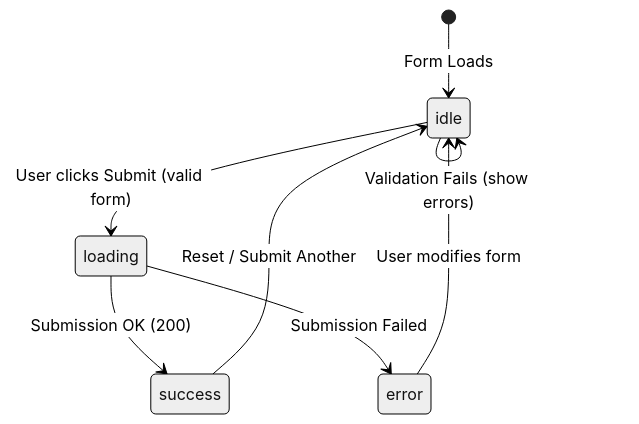
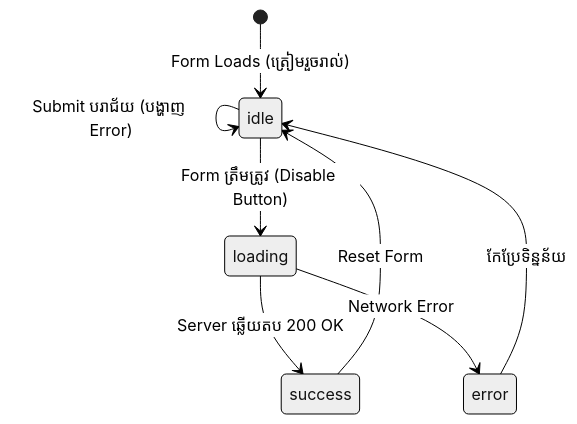
One commit to Ari-ICU/full-stack-short-coures changed the third of 3 diagrams in src/courses/react/module-3-state-events/06-form-validation-submit.mdx. Above: the diagram before and after it, drawn with Mermaid (neutral theme). The commit also changed other lines of this file and 2 other files, not shown here.

Commit message:
feat: add interactive form validation simulator component to demonstrate touched pattern UX

````diff
--- a/src/courses/react/module-3-state-events/06-form-validation-submit.mdx
+++ b/src/courses/react/module-3-state-events/06-form-validation-submit.mdx
@@ -24,10 +231,10 @@
 ```mermaid
 stateDiagram-v2
-    [*] --> idle : Form Loads
-    idle --> loading : User clicks Submit (valid form)
-    idle --> idle : Validation Fails (show errors)
-    loading --> success : Submission OK (200)
-    loading --> error : Submission Failed
-    success --> idle : Reset / Submit Another
-    error --> idle : User modifies form
+    [*] --> idle : Form Loads (ត្រៀមរួចរាល់)
+    idle --> idle : Submit បរាជ័យ (បង្ហាញ Error)
+    idle --> loading : Form ត្រឹមត្រូវ (Disable Button)
+    loading --> success : Server ឆ្លើយតប 200 OK
+    loading --> error : Network Error
+    success --> idle : Reset Form
+    error --> idle : កែប្រែទិន្នន័យ
 ```
````
